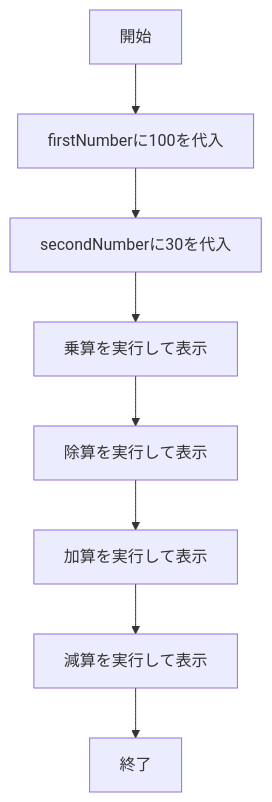
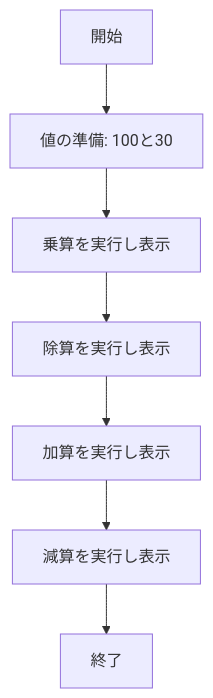
The second of 2 diagrams in chapter03/BasicCalculator-README.md (kanjiz/java-training-design-docs), drawn with Mermaid before and after one commit. The commit also changed other lines of this file and 2 other files, not shown here.

````diff
--- a/chapter03/BasicCalculator-README.md
+++ b/chapter03/BasicCalculator-README.md
@@ -59,10 +46,9 @@
 ```mermaid
 flowchart TD
-    A[開始] --> B[firstNumberに100を代入]
-    B --> C[secondNumberに30を代入]
-    C --> D[乗算を実行して表示]
-    D --> E[除算を実行して表示]
-    E --> F[加算を実行して表示]
-    F --> G[減算を実行して表示]
-    G --> H[終了]
+    A[開始] --> B[値の準備: 100と30]
+    B --> C[乗算を実行し表示]
+    C --> D[除算を実行し表示]
+    D --> E[加算を実行し表示]
+    E --> F[減算を実行し表示]
+    F --> G[終了]
 ```
````
